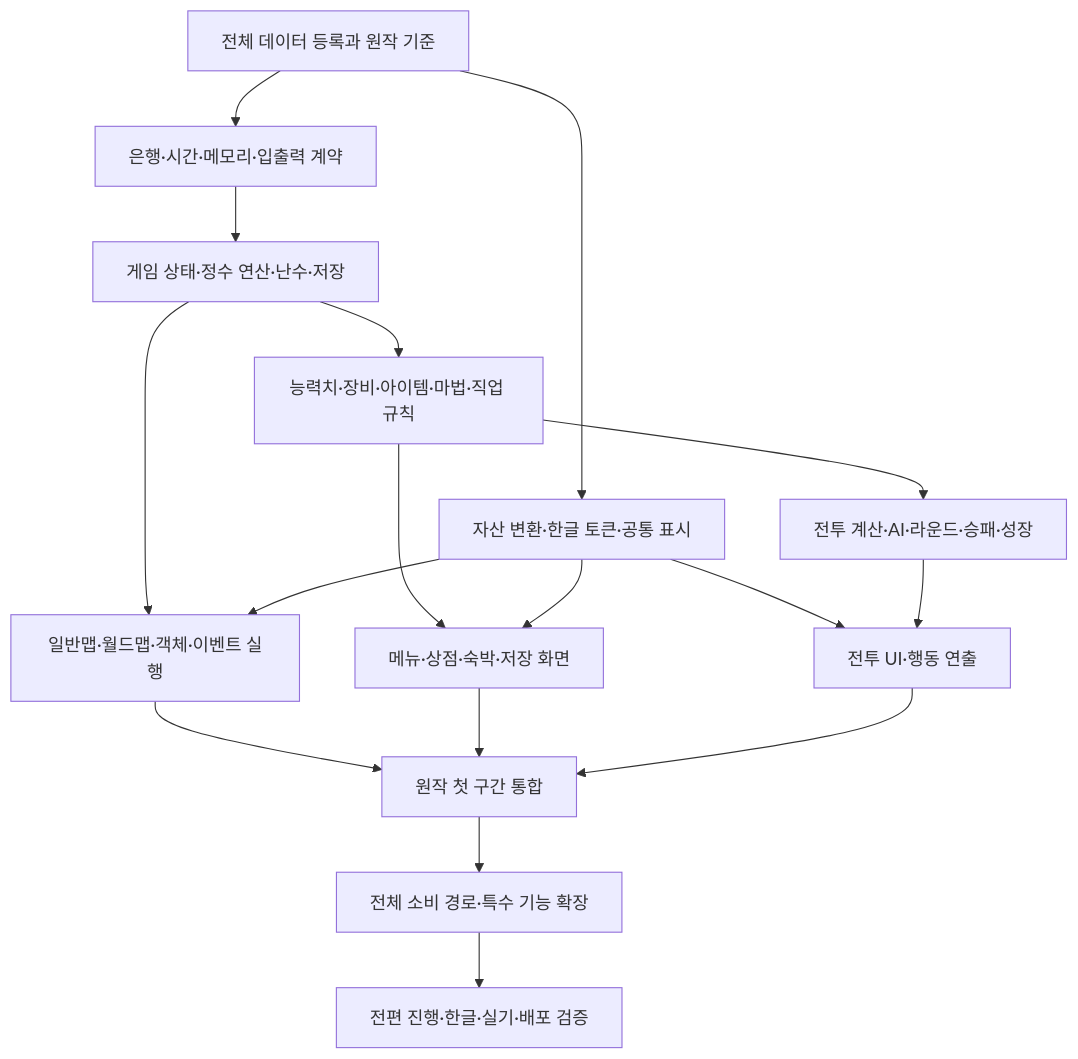
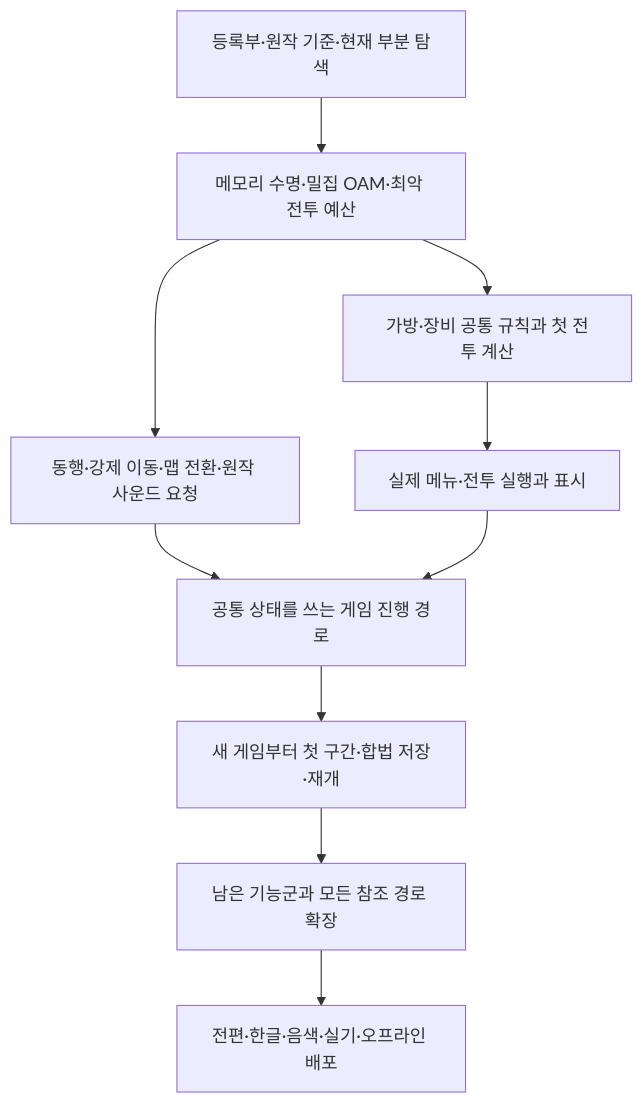
Before and after one commit to hungrysanta-ksc/game-patch-gbc: the diagram in games/final-fantasy-3-gbc/docs/implementation-roadmap.md, drawn with Mermaid. The commit also changed other lines of this file and 7 other files, not shown here.

````diff
--- a/games/final-fantasy-3-gbc/docs/implementation-roadmap.md
+++ b/games/final-fantasy-3-gbc/docs/implementation-roadmap.md
@@ -62,19 +27,12 @@
 ```mermaid
 flowchart TD
-  A[전체 데이터 등록과 원작 기준] --> B[은행·시간·메모리·입출력 계약]
-  B --> C[게임 상태·정수 연산·난수·저장]
-  A --> D[자산 변환·한글 토큰·공통 표시]
-  C --> E[능력치·장비·아이템·마법·직업 규칙]
-  C --> F[일반맵·월드맵·객체·이벤트 실행]
-  D --> F
-  E --> G[메뉴·상점·숙박·저장 화면]
-  D --> G
-  E --> H[전투 계산·AI·라운드·승패·성장]
-  D --> I[전투 UI·행동 연출]
-  H --> I
-  F --> J[원작 첫 구간 통합]
-  G --> J
-  I --> J
-  J --> K[전체 소비 경로·특수 기능 확장]
-  K --> L[전편 진행·한글·실기·배포 검증]
+  A[등록부·원작 기준·현재 부분 탐색] --> B[메모리 수명·밀집 OAM·최악 전투 예산]
+  B --> C[가방·장비 공통 규칙과 첫 전투 계산]
+  B --> D[동행·강제 이동·맵 전환·원작 사운드 요청]
+  C --> E[실제 메뉴·전투 실행과 표시]
+  D --> F[공통 상태를 쓰는 게임 진행 경로]
+  E --> F
+  F --> G[새 게임부터 첫 구간·합법 저장·재개]
+  G --> H[남은 기능군과 모든 참조 경로 확장]
+  H --> I[전편·한글·음색·실기·오프라인 배포]
 ```
````
